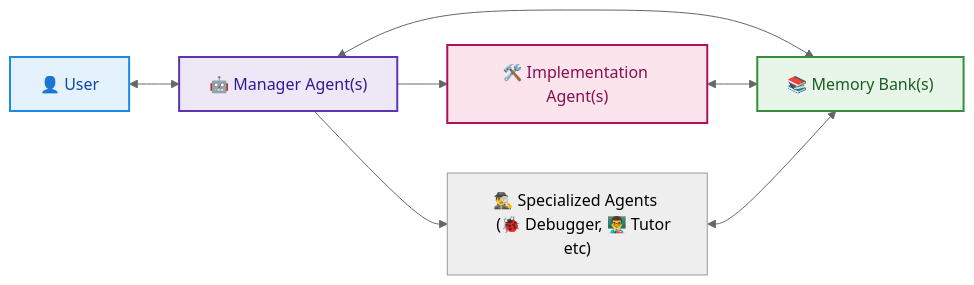
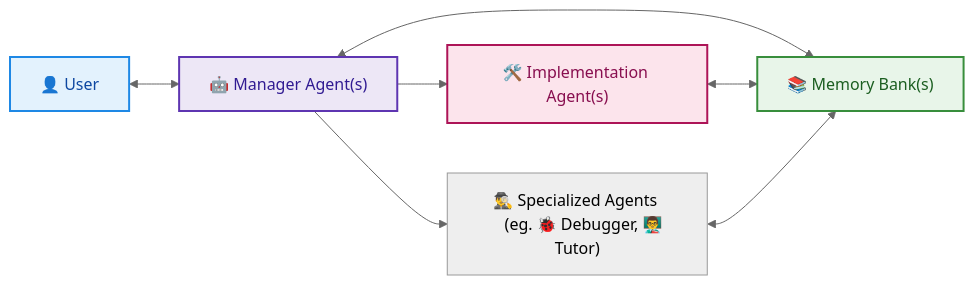
Before and after one commit to sdi2200262/agentic-project-management: the diagram in README.md, drawn with Mermaid (neutral theme). The commit also changed other lines of this file and 19 other files, not shown here.

````diff
--- a/README.md
+++ b/README.md
@@ -17,28 +17,28 @@
 ```mermaid
 graph LR
     User["👤 User"]
     MA["🤖 Manager Agent(s)"]
     SA_I["🛠️ Implementation Agent(s)"]
     SA["🕵️‍♂️ Specialized Agents 
-    (🐞 Debugger, 👨‍🏫 Tutor etc)"]
+    (eg. 🐞 Debugger, 👨‍🏫 Tutor)"]
     MB["📚 Memory Bank(s)"]
 
     User <--> MA
     MA --> SA_I
     MA --> SA
 
     MA <--> MB
     SA_I <--> MB
     SA <--> MB
 
     %% Styling
     classDef user fill:#E3F2FD,stroke:#1E88E5,stroke-width:2px,color:#0D47A1;
     classDef manager fill:#EDE7F6,stroke:#5E35B1,stroke-width:2px,color:#311B92;
     classDef specializedAgent fill:#FCE4EC,stroke:#AD1457,stroke-width:2px,color:#880E4F; 
     classDef memoryBank fill:#E8F5E9,stroke:#388E3C,stroke-width:2px,color:#1B5E20;
 
     class User user;
     class MA manager;
     class SA_I,SA_D,SA_T specializedAgent;
     class MB memoryBank;
 ```
````
